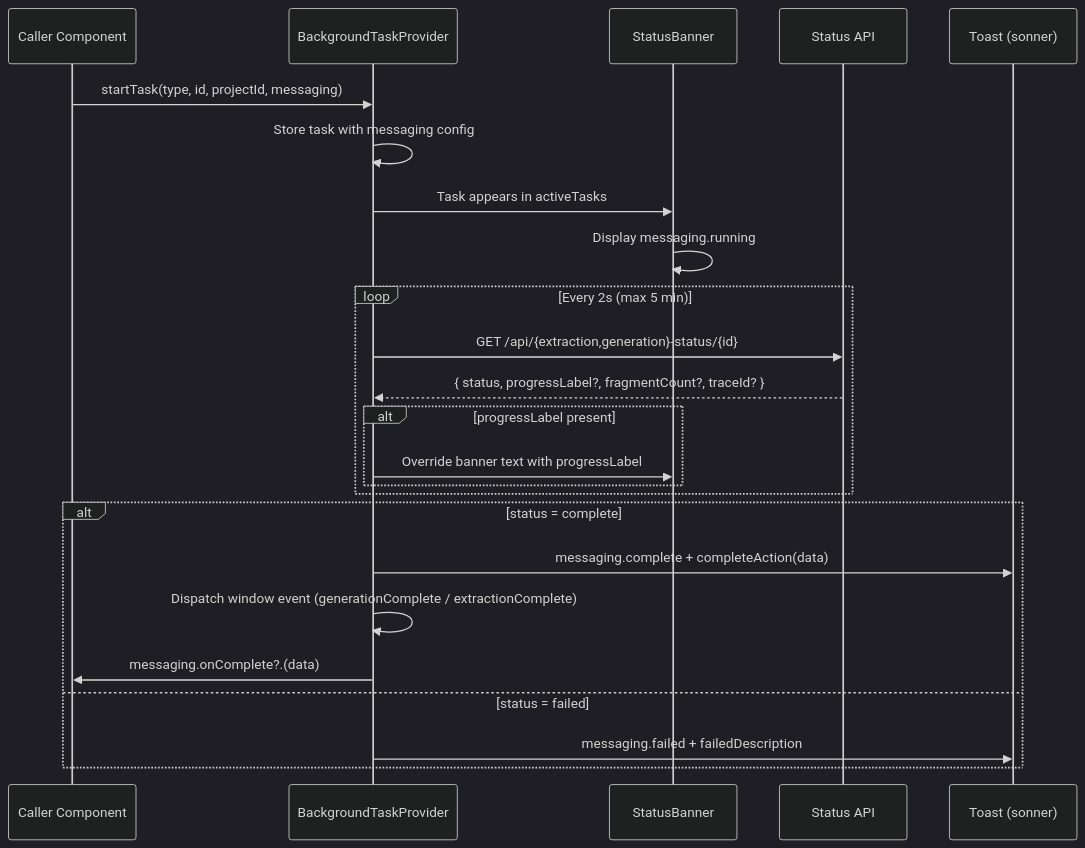
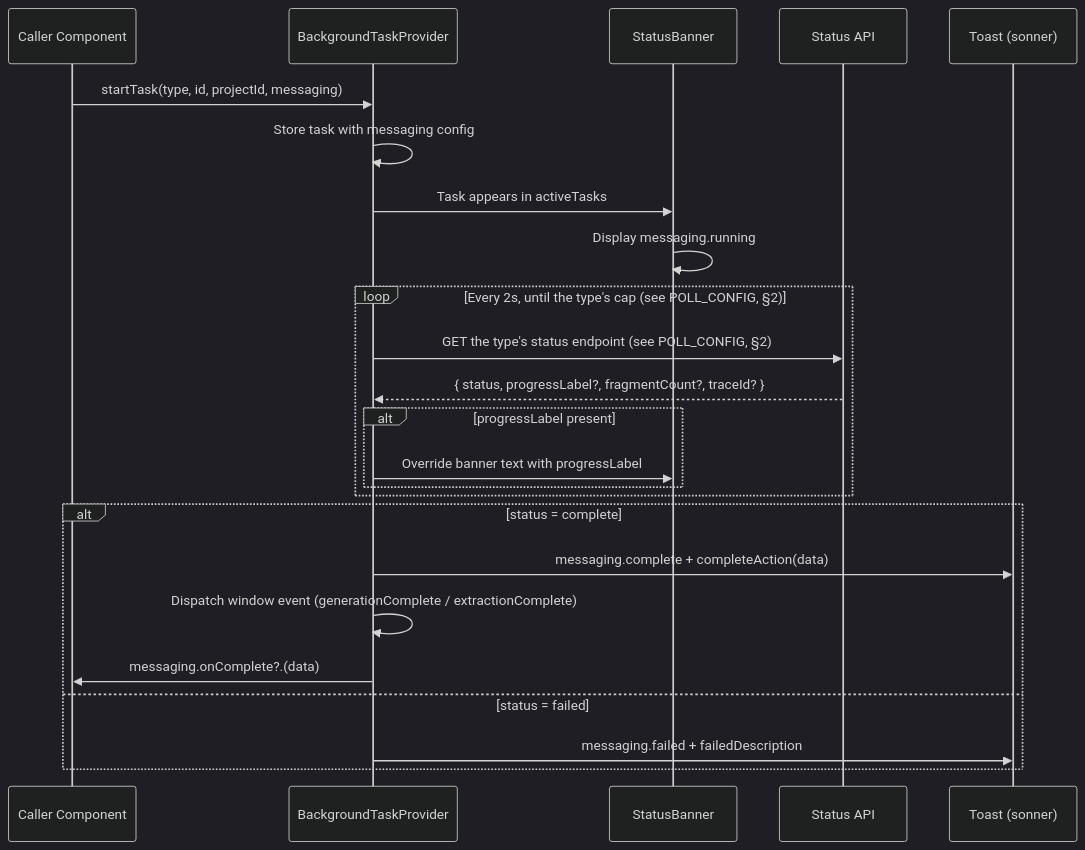
One commit to jonnyschneider/app.lunastak.io changed the diagram in docs/architecture/background-task-messaging.md. Above: the diagram before and after it, drawn with Mermaid (dark theme). The commit also changed other lines of this file and 4 other files, not shown here.

First line of the commit message:
docs: the architecture docs stop describing deleted code

````diff
--- a/docs/architecture/background-task-messaging.md
+++ b/docs/architecture/background-task-messaging.md
@@ -28,29 +28,29 @@
 ```mermaid
 sequenceDiagram
     participant C as Caller Component
     participant P as BackgroundTaskProvider
     participant S as StatusBanner
     participant A as Status API
     participant T as Toast (sonner)
 
     C->>P: startTask(type, id, projectId, messaging)
     P->>P: Store task with messaging config
     P->>S: Task appears in activeTasks
     S->>S: Display messaging.running
 
-    loop Every 2s (max 5 min)
-        P->>A: GET /api/{extraction,generation}-status/{id}
+    loop Every 2s, until the type's cap (see POLL_CONFIG, §2)
+        P->>A: GET the type's status endpoint (see POLL_CONFIG, §2)
         A-->>P: { status, progressLabel?, fragmentCount?, traceId? }
         alt progressLabel present
             P->>S: Override banner text with progressLabel
         end
     end
 
     alt status = complete
         P->>T: messaging.complete + completeAction(data)
         P->>P: Dispatch window event (generationComplete / extractionComplete)
         P->>C: messaging.onComplete?.(data)
     else status = failed
         P->>T: messaging.failed + failedDescription
     end
 ```
````
